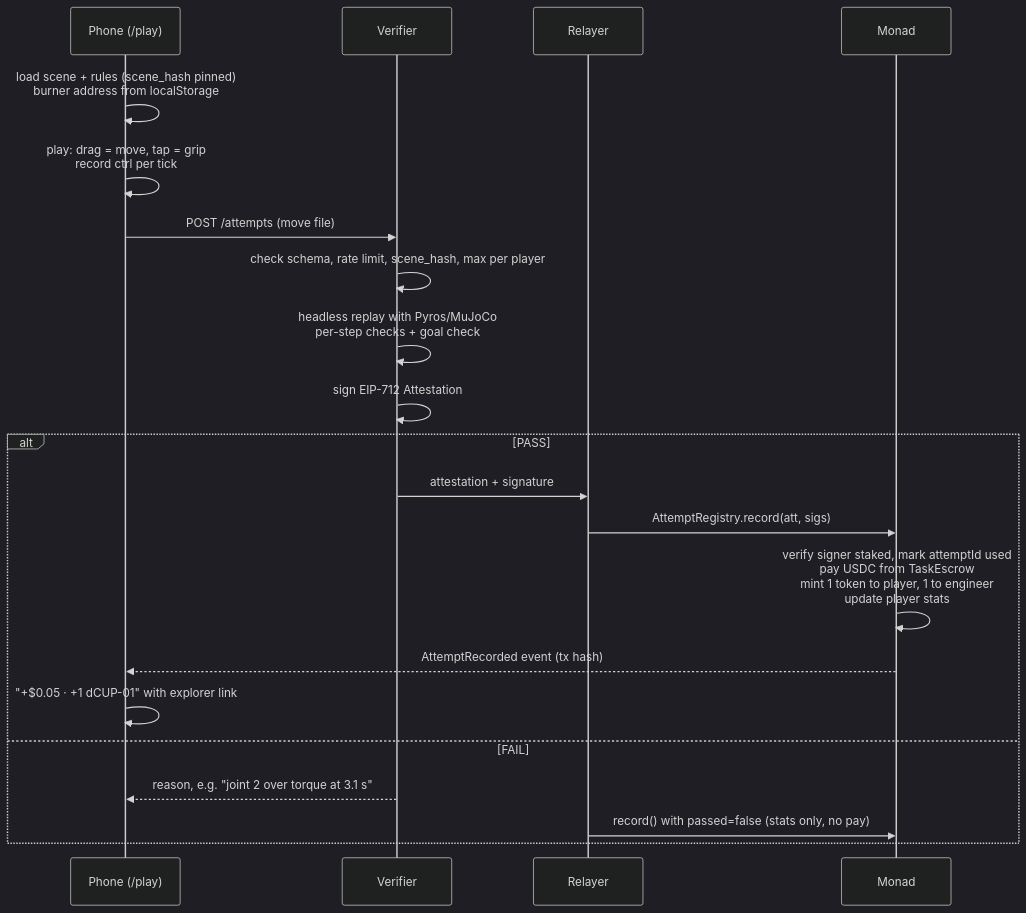
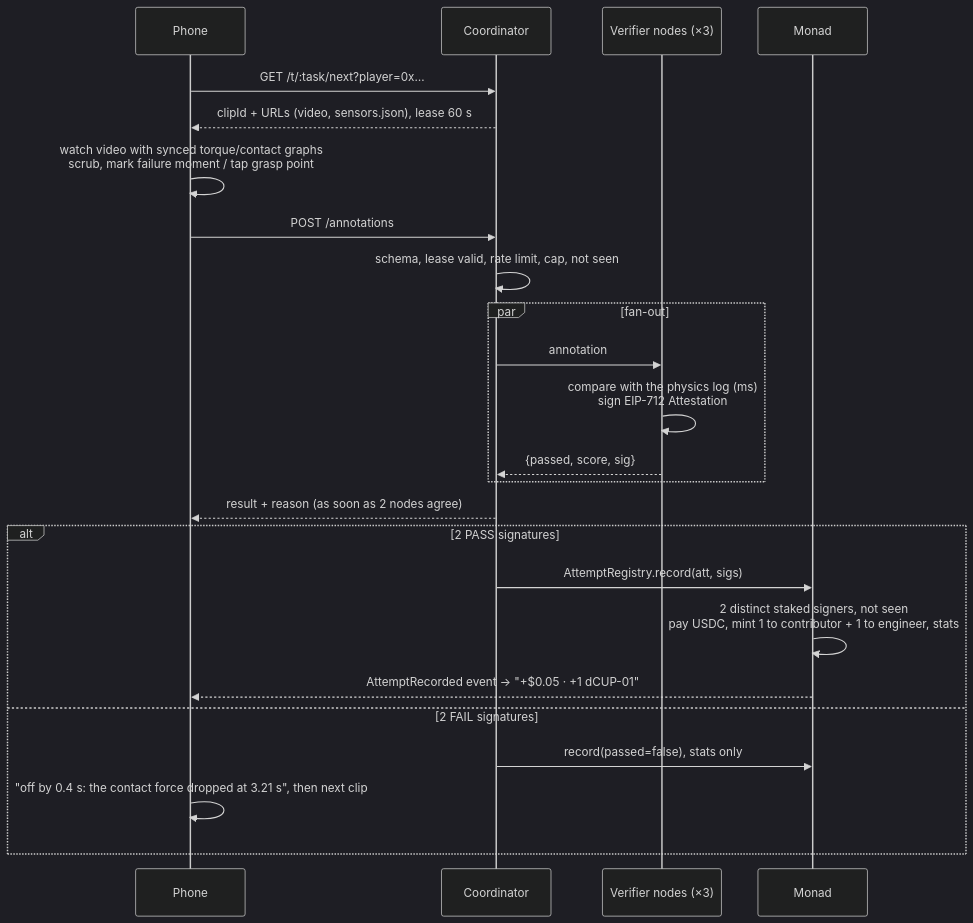
The second of 2 diagrams in ARCHITECTURE.md (monad-developers/monad-blitz-devcon-mumbai), drawn with Mermaid (dark theme) before and after one commit. The commit also changed other lines of this file, not shown here.

Commit message:
docs: Trace architecture with 3-node 2-of-3 annotation verification

````diff
--- a/ARCHITECTURE.md
+++ b/ARCHITECTURE.md
@@ -77,23 +90,26 @@
 ```mermaid
 sequenceDiagram
-  participant P as Phone (/play)
-  participant V as Verifier
-  participant R as Relayer
+  participant P as Phone
+  participant C as Coordinator
+  participant V as Verifier nodes (×3)
   participant M as Monad
-  P->>P: load scene + rules (scene_hash pinned)<br/>burner address from localStorage
-  P->>P: play: drag = move, tap = grip<br/>record ctrl per tick
-  P->>V: POST /attempts (move file)
-  V->>V: check schema, rate limit, scene_hash, max per player
-  V->>V: headless replay with Pyros/MuJoCo<br/>per-step checks + goal check
-  V->>V: sign EIP-712 Attestation
-  alt PASS
-    V->>R: attestation + signature
-    R->>M: AttemptRegistry.record(att, sigs)
-    M->>M: verify signer staked, mark attemptId used<br/>pay USDC from TaskEscrow<br/>mint 1 token to player, 1 to engineer<br/>update player stats
-    M-->>P: AttemptRecorded event (tx hash)
-    P->>P: "+$0.05 · +1 dCUP-01" with explorer link
-  else FAIL
-    V-->>P: reason, e.g. "joint 2 over torque at 3.1 s"
-    R->>M: record() with passed=false (stats only, no pay)
+  P->>C: GET /t/:task/next?player=0x…
+  C-->>P: clipId + URLs (video, sensors.json), lease 60 s
+  P->>P: watch video with synced torque/contact graphs<br/>scrub, mark failure moment / tap grasp point
+  P->>C: POST /annotations
+  C->>C: schema, lease valid, rate limit, cap, not seen
+  par fan-out
+    C->>V: annotation
+    V->>V: compare with the physics log (ms)<br/>sign EIP-712 Attestation
+    V-->>C: {passed, score, sig}
+  end
+  C-->>P: result + reason (as soon as 2 nodes agree)
+  alt 2 PASS signatures
+    C->>M: AttemptRegistry.record(att, sigs)
+    M->>M: 2 distinct staked signers, not seen<br/>pay USDC, mint 1 to contributor + 1 to engineer, stats
+    M-->>P: AttemptRecorded event → "+$0.05 · +1 dCUP-01"
+  else 2 FAIL signatures
+    C->>M: record(passed=false), stats only
+    P->>P: "off by 0.4 s: the contact force dropped at 3.21 s", then next clip
   end
 ```
````
